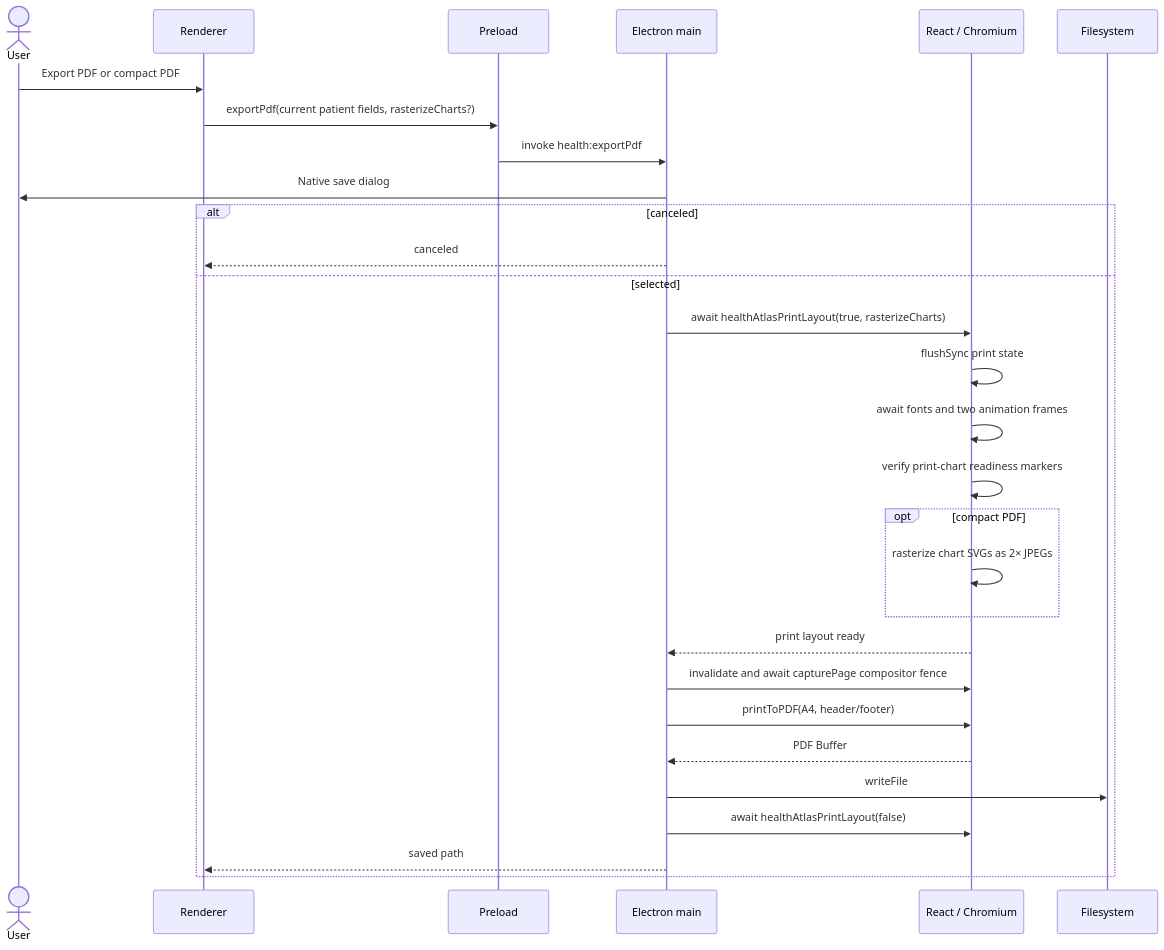
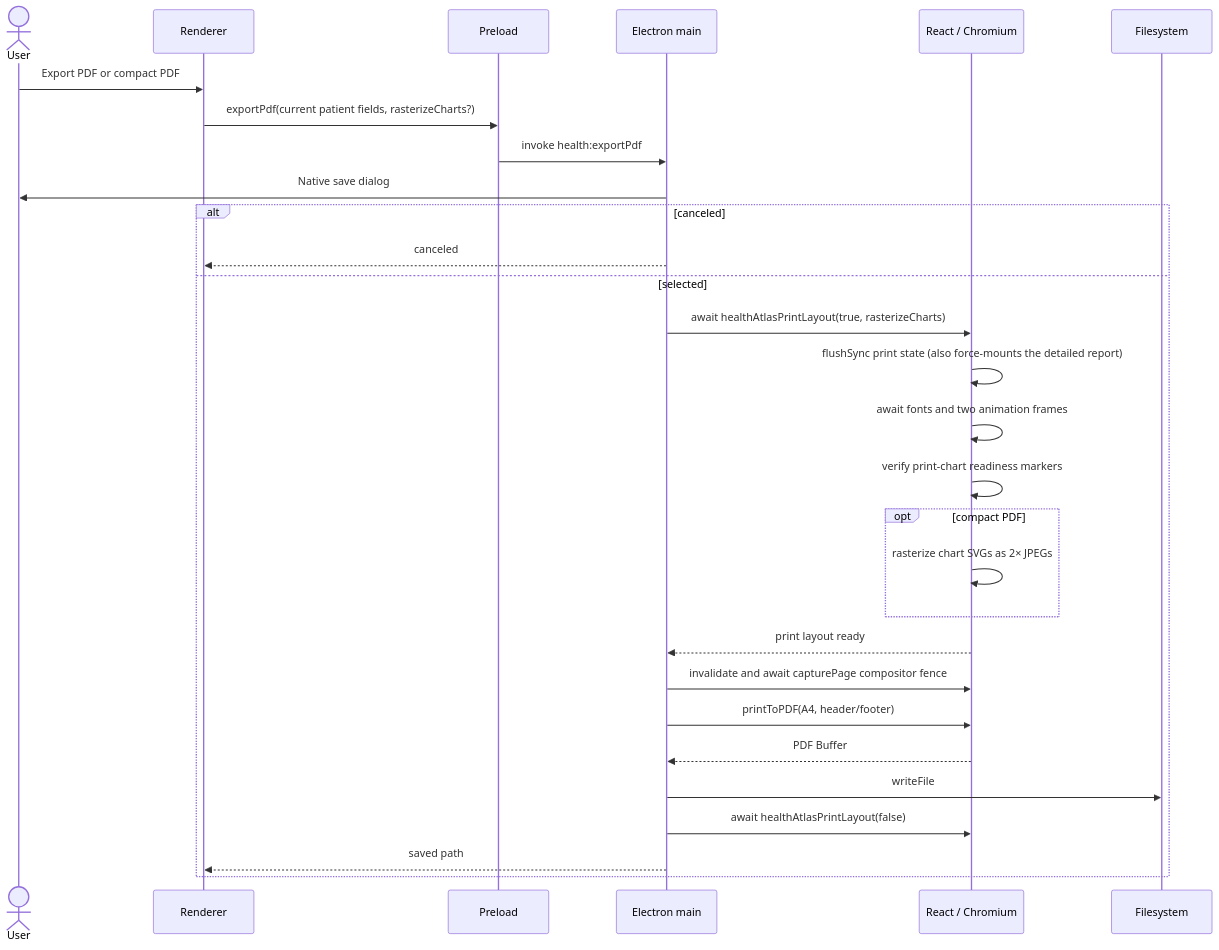
Before and after one commit to kiforsbe/ahdreport: the fifth of 5 diagrams in docs/ARCHITECTURE.md, drawn with Mermaid. The commit also changed other lines of this file and 3 other files, not shown here.

Commit message:
Lazily mount the detailed measurements tables, force-open during print

````diff
--- a/docs/ARCHITECTURE.md
+++ b/docs/ARCHITECTURE.md
@@ -336,32 +337,32 @@
 ```mermaid
 sequenceDiagram
     actor User
     participant UI as Renderer
     participant Bridge as Preload
     participant Main as Electron main
     participant DOM as React / Chromium
     participant FS as Filesystem
 
     User->>UI: Export PDF or compact PDF
     UI->>Bridge: exportPdf(current patient fields, rasterizeCharts?)
     Bridge->>Main: invoke health:exportPdf
     Main->>User: Native save dialog
     alt canceled
         Main-->>UI: canceled
     else selected
         Main->>DOM: await healthAtlasPrintLayout(true, rasterizeCharts)
-        DOM->>DOM: flushSync print state
+        DOM->>DOM: flushSync print state (also force-mounts the detailed report)
         DOM->>DOM: await fonts and two animation frames
         DOM->>DOM: verify print-chart readiness markers
         opt compact PDF
             DOM->>DOM: rasterize chart SVGs as 2× JPEGs
         end
         DOM-->>Main: print layout ready
         Main->>DOM: invalidate and await capturePage compositor fence
         Main->>DOM: printToPDF(A4, header/footer)
         DOM-->>Main: PDF Buffer
         Main->>FS: writeFile
         Main->>DOM: await healthAtlasPrintLayout(false)
         Main-->>UI: saved path
     end
 ```
````
